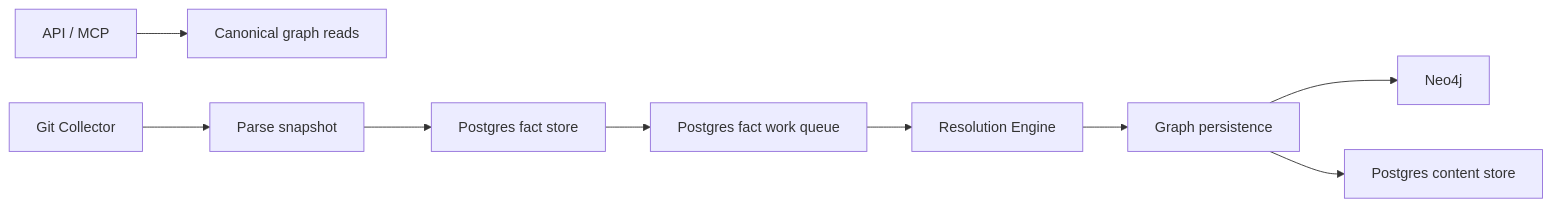
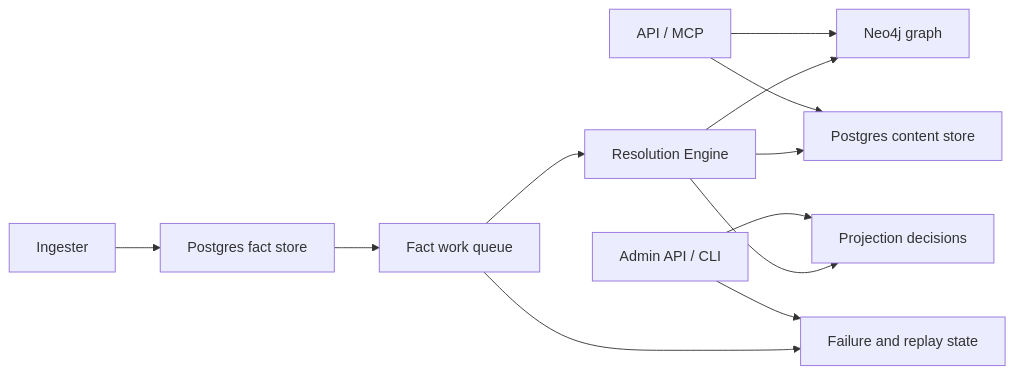
Before and after one commit to platformcontext/platform-context-graph: the diagram in docs/docs/reference/telemetry/index.md, drawn with Mermaid. The commit also changed other lines of this file and 12 other files, not shown here.

````diff
--- a/docs/docs/reference/telemetry/index.md
+++ b/docs/docs/reference/telemetry/index.md
@@ -19,11 +24,14 @@
 ```mermaid
 flowchart LR
-  A["API / MCP"] --> B["Canonical graph reads"]
-  C["Git Collector"] --> D["Parse snapshot"]
-  D --> E["Postgres fact store"]
-  E --> F["Postgres fact work queue"]
-  F --> G["Resolution Engine"]
-  G --> H["Graph persistence"]
-  H --> I["Neo4j"]
-  H --> J["Postgres content store"]
+  A["Ingester"] --> B["Postgres fact store"]
+  B --> C["Fact work queue"]
+  C --> D["Resolution Engine"]
+  D --> E["Neo4j graph"]
+  D --> F["Postgres content store"]
+  D --> G["Projection decisions"]
+  C --> H["Failure and replay state"]
+  I["API / MCP"] --> E
+  I --> F
+  J["Admin API / CLI"] --> G
+  J --> H
 ```
````
